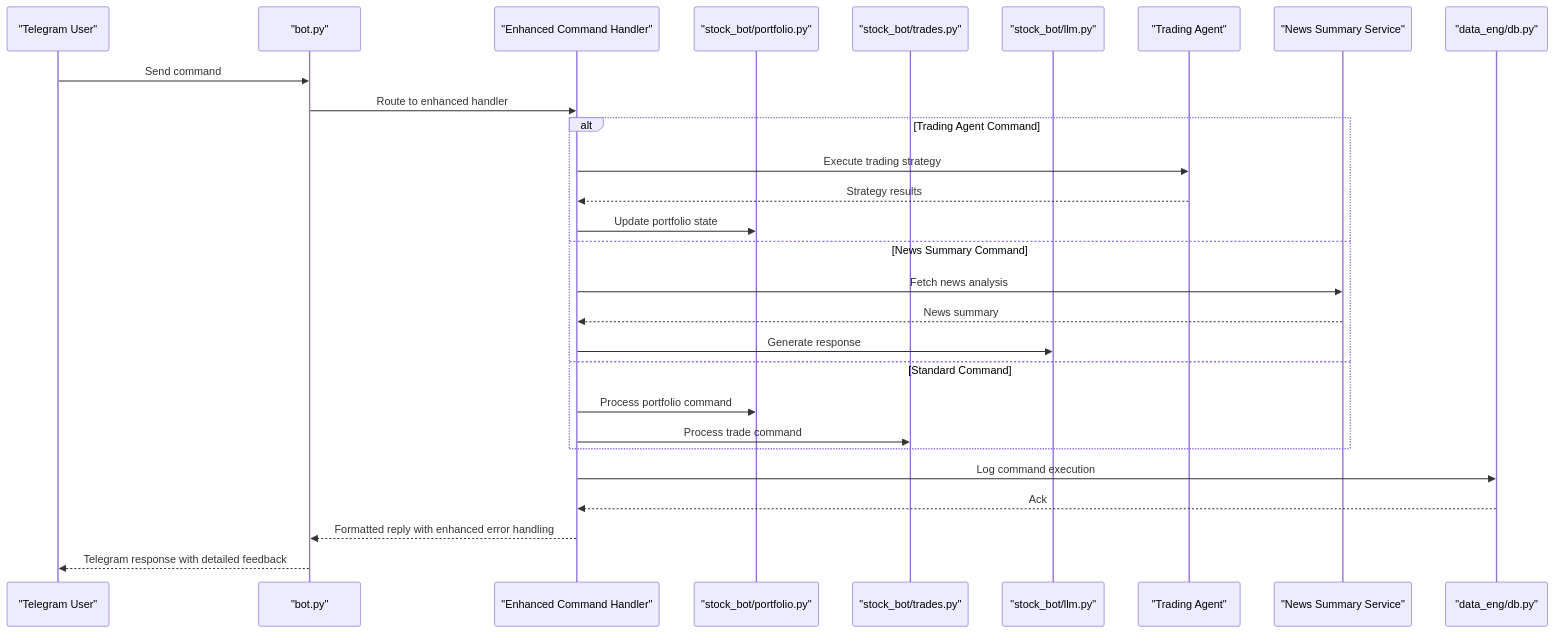
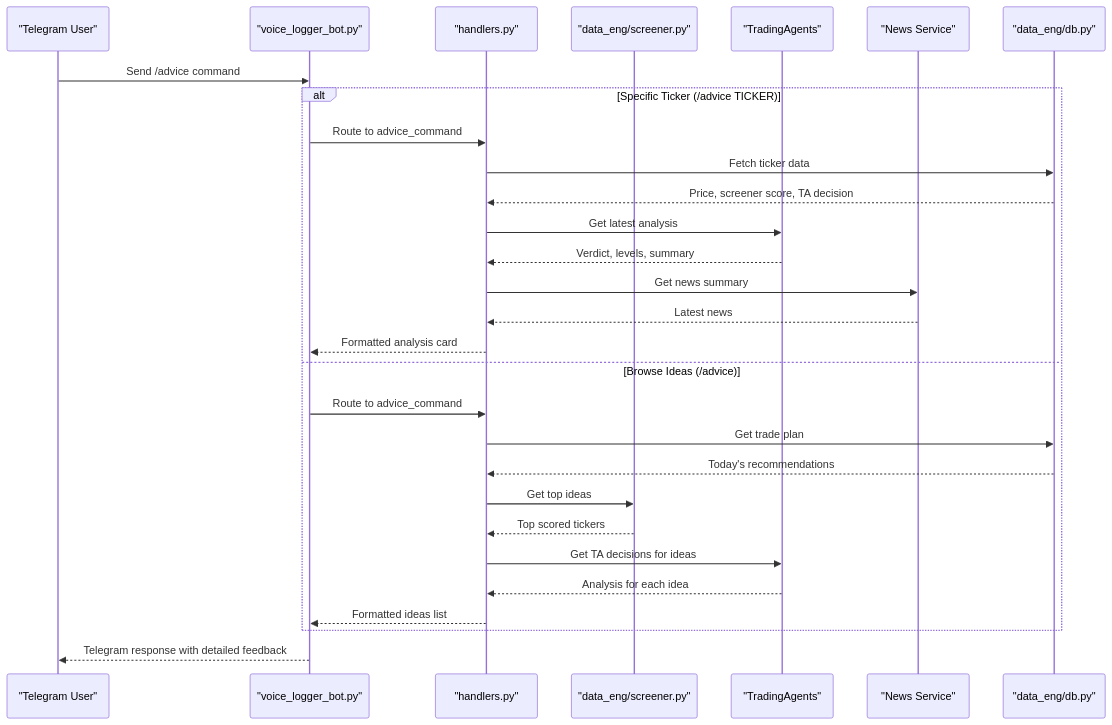
The second of 9 diagrams in .qoder/repowiki/en/content/Core Components/Stock Trading Bot.md (ZengSeng/telegram-bot), drawn with Mermaid before and after one commit. The commit also changed other lines of this file and 8 other files, not shown here.

````diff
--- a/.qoder/repowiki/en/content/Core Components/Stock Trading Bot.md
+++ b/.qoder/repowiki/en/content/Core Components/Stock Trading Bot.md
@@ -173,30 +166,31 @@
 ```mermaid
 sequenceDiagram
 participant User as "Telegram User"
-participant Bot as "bot.py"
-participant EnhancedHandler as "Enhanced Command Handler"
-participant Portfolio as "stock_bot/portfolio.py"
-participant Trades as "stock_bot/trades.py"
-participant LLM as "stock_bot/llm.py"
-participant TradingAgent as "Trading Agent"
-participant NewsSummary as "News Summary Service"
+participant Bot as "voice_logger_bot.py"
+participant Handler as "handlers.py"
+participant Screener as "data_eng/screener.py"
+participant TA as "TradingAgents"
+participant News as "News Service"
 participant DB as "data_eng/db.py"
-User->>Bot : Send command
-Bot->>EnhancedHandler : Route to enhanced handler
-alt Trading Agent Command
-EnhancedHandler->>TradingAgent : Execute trading strategy
-TradingAgent-->>EnhancedHandler : Strategy results
-EnhancedHandler->>Portfolio : Update portfolio state
-else News Summary Command
-EnhancedHandler->>NewsSummary : Fetch news analysis
-NewsSummary-->>EnhancedHandler : News summary
-EnhancedHandler->>LLM : Generate response
-else Standard Command
-EnhancedHandler->>Portfolio : Process portfolio command
-EnhancedHandler->>Trades : Process trade command
+User->>Bot : Send /advice command
+alt Specific Ticker (/advice TICKER)
+Bot->>Handler : Route to advice_command
+Handler->>DB : Fetch ticker data
+DB-->>Handler : Price, screener score, TA decision
+Handler->>TA : Get latest analysis
+TA-->>Handler : Verdict, levels, summary
+Handler->>News : Get news summary
+News-->>Handler : Latest news
+Handler-->>Bot : Formatted analysis card
+else Browse Ideas (/advice)
+Bot->>Handler : Route to advice_command
+Handler->>DB : Get trade plan
+DB-->>Handler : Today's recommendations
+Handler->>Screener : Get top ideas
+Screener-->>Handler : Top scored tickers
+Handler->>TA : Get TA decisions for ideas
+TA-->>Handler : Analysis for each idea
+Handler-->>Bot : Formatted ideas list
 end
-EnhancedHandler->>DB : Log command execution
-DB-->>EnhancedHandler : Ack
-EnhancedHandler-->>Bot : Formatted reply with enhanced error handling
 Bot-->>User : Telegram response with detailed feedback
 ```
````
